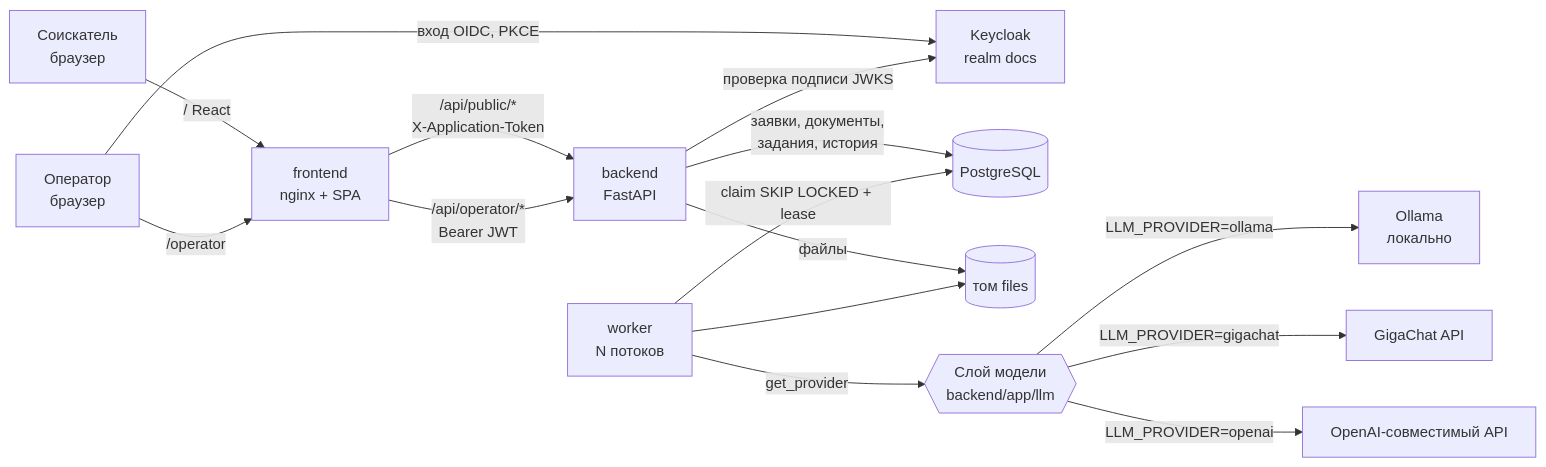
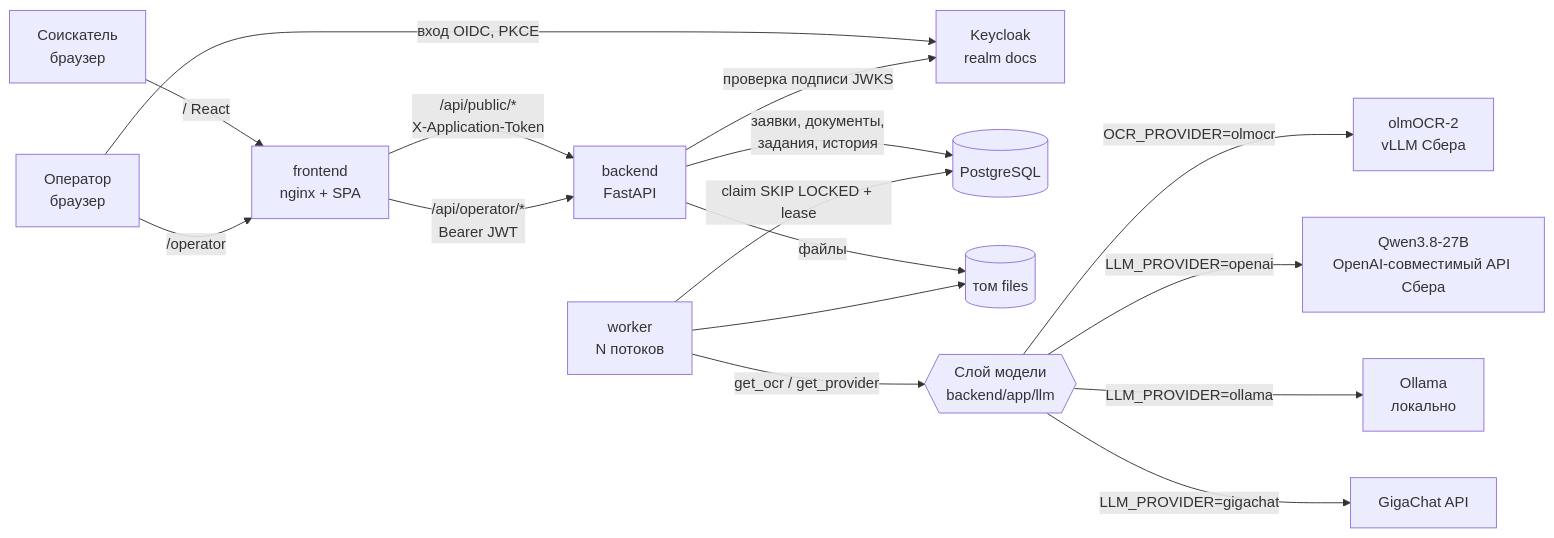
Before and after one commit to st0rmey3/bobroboso_sbervibe: the diagram in docs/architecture.md, drawn with Mermaid. The commit also changed 3 other files, not shown here.

Commit message:
docs: Keycloak is mandatory, Sber LLM/OCR in the scheme, open-set mismatch question

````diff
--- a/docs/architecture.md
+++ b/docs/architecture.md
@@ -3,17 +3,18 @@
 ```mermaid
 flowchart LR
   A[Соискатель<br/>браузер] -->|/  React| F[frontend<br/>nginx + SPA]
   O[Оператор<br/>браузер] -->|/operator| F
   O -->|вход OIDC, PKCE| K[Keycloak<br/>realm docs]
   F -->|/api/public/*<br/>X-Application-Token| B[backend<br/>FastAPI]
   F -->|/api/operator/*<br/>Bearer JWT| B
   B -->|проверка подписи JWKS| K
   B -->|заявки, документы,<br/>задания, история| P[(PostgreSQL)]
   B -->|файлы| V[(том files)]
   W[worker<br/>N потоков] -->|claim SKIP LOCKED + lease| P
   W --> V
-  W -->|get_provider| L{{Слой модели<br/>backend/app/llm}}
+  W -->|get_ocr / get_provider| L{{Слой модели<br/>backend/app/llm}}
+  L -->|OCR_PROVIDER=olmocr| OC[olmOCR-2<br/>vLLM Сбера]
+  L -->|LLM_PROVIDER=openai| OA[Qwen3.8-27B<br/>OpenAI-совместимый API Сбера]
   L -->|LLM_PROVIDER=ollama| OL[Ollama<br/>локально]
   L -->|LLM_PROVIDER=gigachat| GC[GigaChat API]
-  L -->|LLM_PROVIDER=openai| OA[OpenAI-совместимый API]
 ```
````
